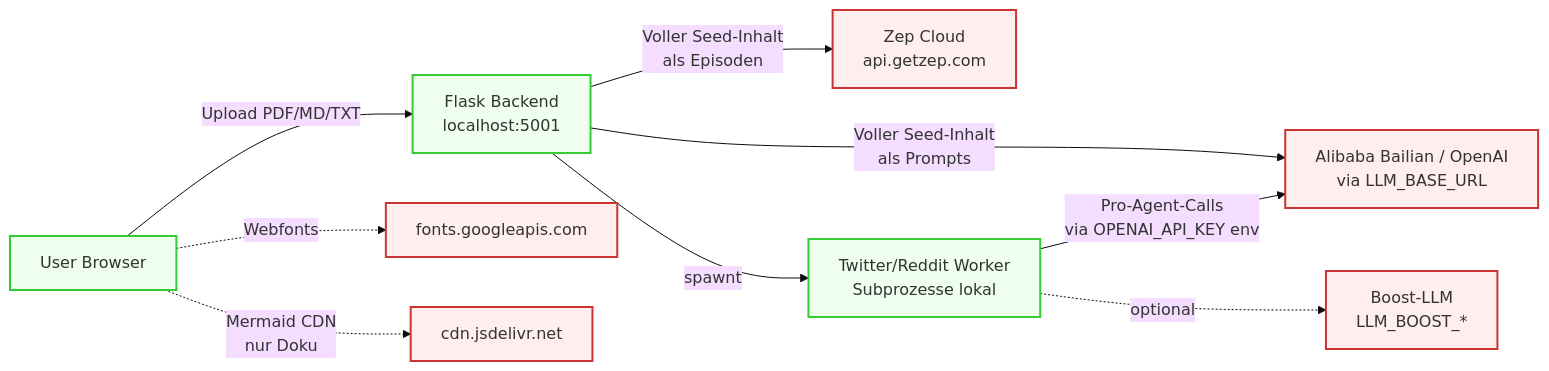
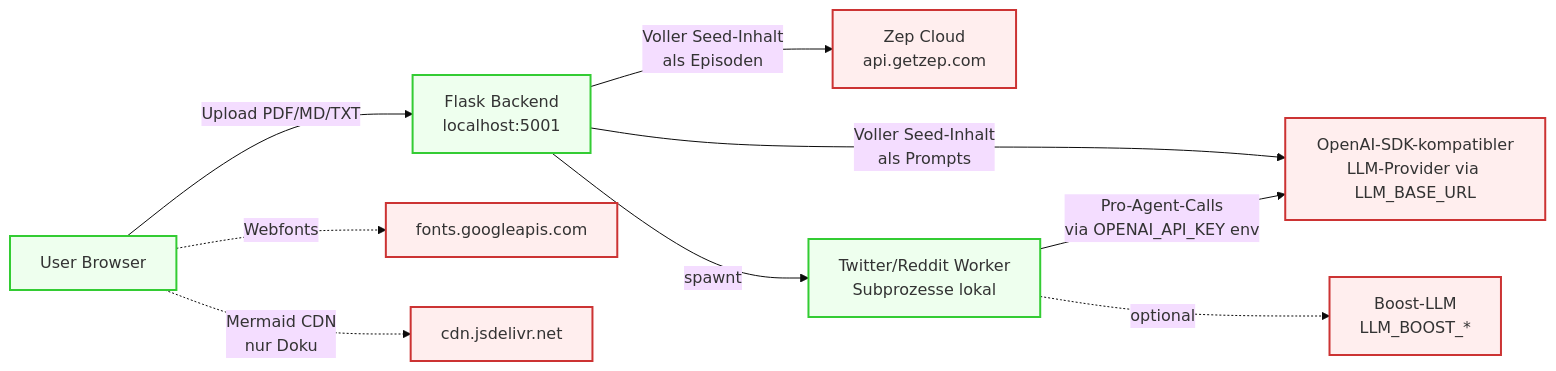
The diagram in docs/SECURITY-AUDIT.md (SubbaMooney/MiroFishLocal), drawn with Mermaid (base theme) before and after one commit. The commit also changed other lines of this file and 12 other files, not shown here.

````diff
--- a/docs/SECURITY-AUDIT.md
+++ b/docs/SECURITY-AUDIT.md
@@ -53,18 +53,18 @@
 ```mermaid
 flowchart LR
   User[User Browser] -->|Upload PDF/MD/TXT| Backend[Flask Backend<br/>localhost:5001]
   User -.->|Webfonts| GFonts[fonts.googleapis.com]
   User -.->|Mermaid CDN<br/>nur Doku| JsDelivr[cdn.jsdelivr.net]
 
-  Backend -->|Voller Seed-Inhalt<br/>als Prompts| LLM[Alibaba Bailian / OpenAI<br/>via LLM_BASE_URL]
+  Backend -->|Voller Seed-Inhalt<br/>als Prompts| LLM[OpenAI-SDK-kompatibler<br/>LLM-Provider via LLM_BASE_URL]
   Backend -->|Voller Seed-Inhalt<br/>als Episoden| Zep[Zep Cloud<br/>api.getzep.com]
 
   Backend -->|spawnt| Workers[Twitter/Reddit Worker<br/>Subprozesse lokal]
   Workers -->|Pro-Agent-Calls<br/>via OPENAI_API_KEY env| LLM
   Workers -.->|optional| BoostLLM[Boost-LLM<br/>LLM_BOOST_*]
 
   classDef ext fill:#fee,stroke:#c33,stroke-width:2px;
   classDef local fill:#efe,stroke:#3c3,stroke-width:2px;
   class LLM,Zep,BoostLLM,GFonts,JsDelivr ext;
   class Backend,Workers,User local;
 ```
````
